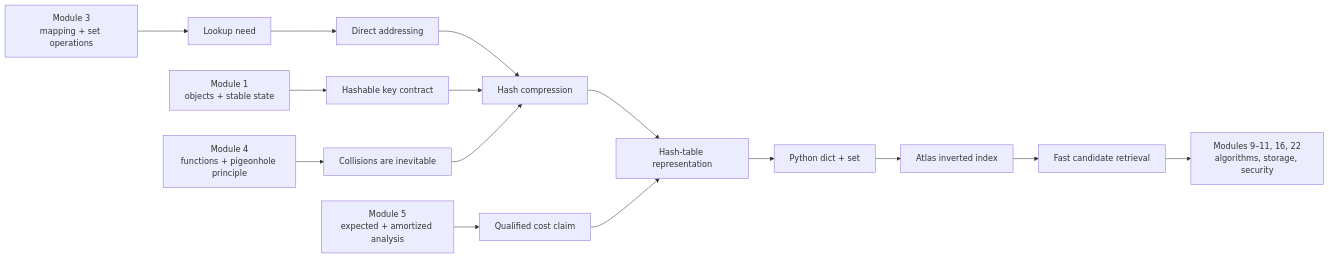
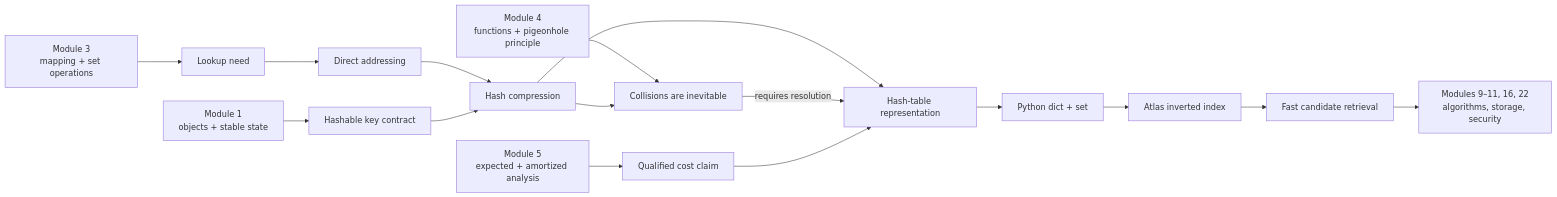
The first of 9 diagrams in content/modules/08_hashing_dictionaries_sets_indexing.md (michaeliu3/atlas-academy-python-cs), drawn with Mermaid before and after one commit. The commit also changed other lines of this file and 8 other files, not shown here.

````diff
--- a/content/modules/08_hashing_dictionaries_sets_indexing.md
+++ b/content/modules/08_hashing_dictionaries_sets_indexing.md
@@ -18,17 +18,21 @@
 ```mermaid
+%% atlas-diagram-id: m08-hashing-knowledge-bridge
+%% atlas-diagram-title: Foundations derive hashing and its Atlas indexing application
+%% atlas-diagram-alt: Stable key state, mapping ADTs, the pigeonhole principle, and cost models lead from a lookup need through direct addressing and hash compression to a hash table, Python dictionaries and sets, and an Atlas inverted index used for fast candidate retrieval.
 flowchart LR
     STATE["Module 1<br/>objects + stable state"] --> KEY["Hashable key contract"]
     ADT["Module 3<br/>mapping + set operations"] --> NEED["Lookup need"]
     MATH["Module 4<br/>functions + pigeonhole principle"] --> COLLIDE["Collisions are inevitable"]
     COST["Module 5<br/>expected + amortized analysis"] --> CLAIM["Qualified cost claim"]
     NEED --> DIRECT["Direct addressing"]
     DIRECT --> HASH["Hash compression"]
     KEY --> HASH
-    COLLIDE --> HASH
+    HASH --> COLLIDE
     HASH --> TABLE["Hash-table representation"]
+    COLLIDE -- "requires resolution" --> TABLE
     CLAIM --> TABLE
     TABLE --> PY["Python dict + set"]
     PY --> INDEX["Atlas inverted index"]
     INDEX --> SEARCH["Fast candidate retrieval"]
     SEARCH --> LATER["Modules 9–11, 16, 22<br/>algorithms, storage, security"]
 ```
````
